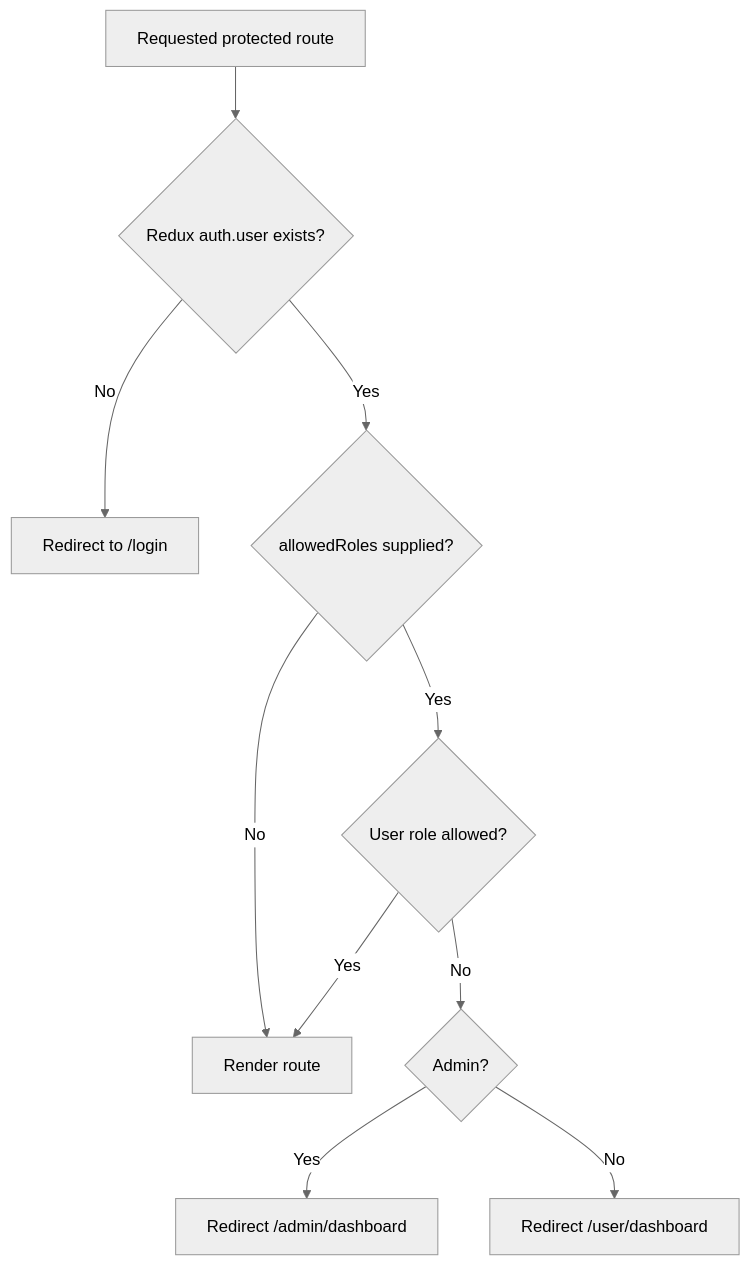
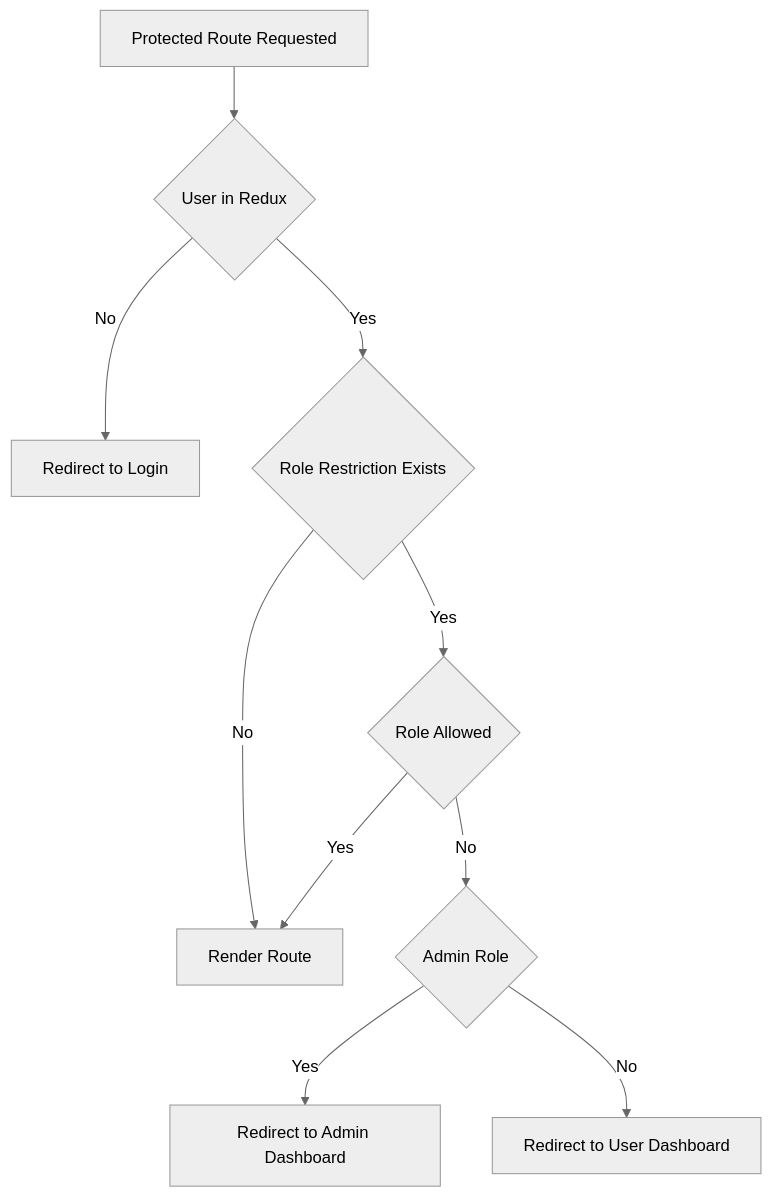
One commit to MathewPaul2109/NESA-Task-Management changed the fourth of 17 diagrams in docs/NESA-TASK-MANAGEMENT-WORKFLOW.md. Above: the diagram before and after it, drawn with Mermaid (neutral theme). The commit also changed other lines of this file, not shown here.

Commit message:
docs: fix Mermaid workflow flowcharts

````diff
--- a/docs/NESA-TASK-MANAGEMENT-WORKFLOW.md
+++ b/docs/NESA-TASK-MANAGEMENT-WORKFLOW.md
@@ -112,12 +109,12 @@
 ```mermaid
 flowchart TD
-    A[Requested protected route] --> B{Redux auth.user exists?}
-    B -- No --> C[Redirect to /login]
-    B -- Yes --> D{allowedRoles supplied?}
-    D -- No --> E[Render route]
-    D -- Yes --> F{User role allowed?}
-    F -- Yes --> E
-    F -- No --> G{Admin?}
-    G -- Yes --> H[Redirect /admin/dashboard]
-    G -- No --> I[Redirect /user/dashboard]
+    A[Protected Route Requested] --> B{User in Redux}
+    B -->|No| C[Redirect to Login]
+    B -->|Yes| D{Role Restriction Exists}
+    D -->|No| E[Render Route]
+    D -->|Yes| F{Role Allowed}
+    F -->|Yes| E
+    F -->|No| G{Admin Role}
+    G -->|Yes| H[Redirect to Admin Dashboard]
+    G -->|No| I[Redirect to User Dashboard]
 ```
````
